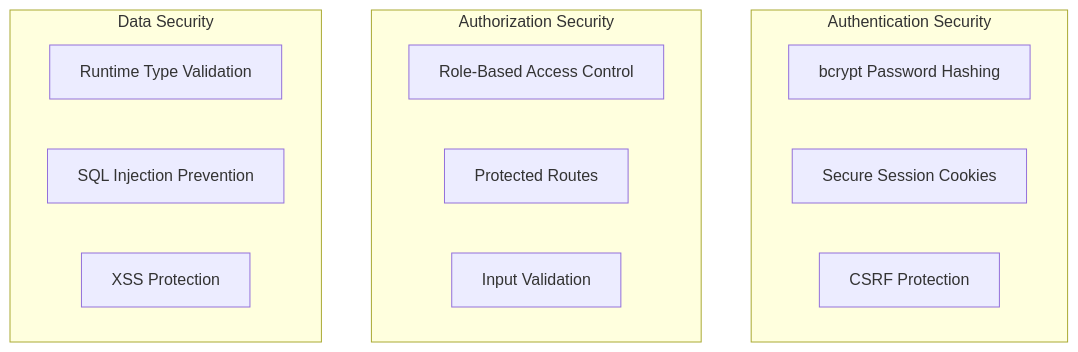
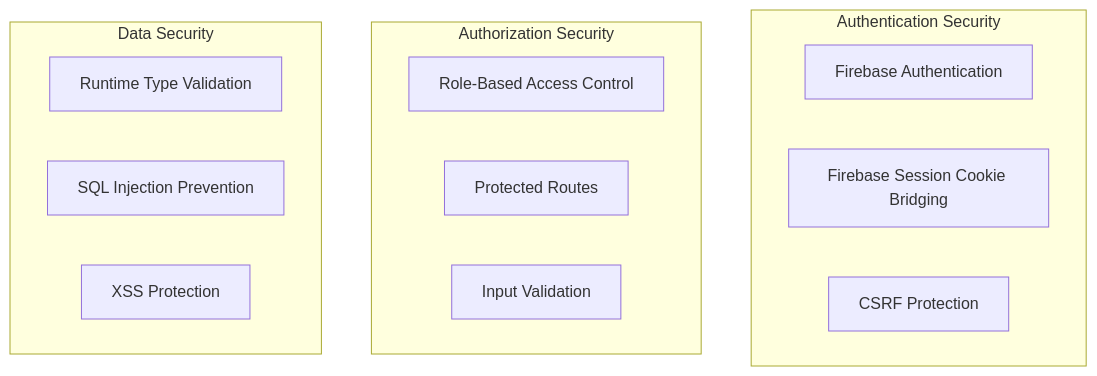
One commit to madrus/tournado changed diagram 14 of 17 in docs/development/architecture-analysis.md. Above: the diagram before and after it, drawn with Mermaid. The commit also changed other lines of this file and 17 other files, not shown here.

````diff
--- a/docs/development/architecture-analysis.md
+++ b/docs/development/architecture-analysis.md
@@ -549,20 +549,20 @@
 ```mermaid
 graph TD
     subgraph "Authentication Security"
-        BCrypt[bcrypt Password Hashing]
-        Sessions[Secure Session Cookies]
+        Firebase[Firebase Authentication]
+        Sessions[Firebase Session Cookie Bridging]
         CSRF[CSRF Protection]
     end
 
     subgraph "Authorization Security"
         RBAC[Role-Based Access Control]
         RouteProtection[Protected Routes]
         APIValidation[Input Validation]
     end
 
     subgraph "Data Security"
         TypeValidation[Runtime Type Validation]
         SQLInjection[SQL Injection Prevention]
         XSS[XSS Protection]
     end
 ```
````
